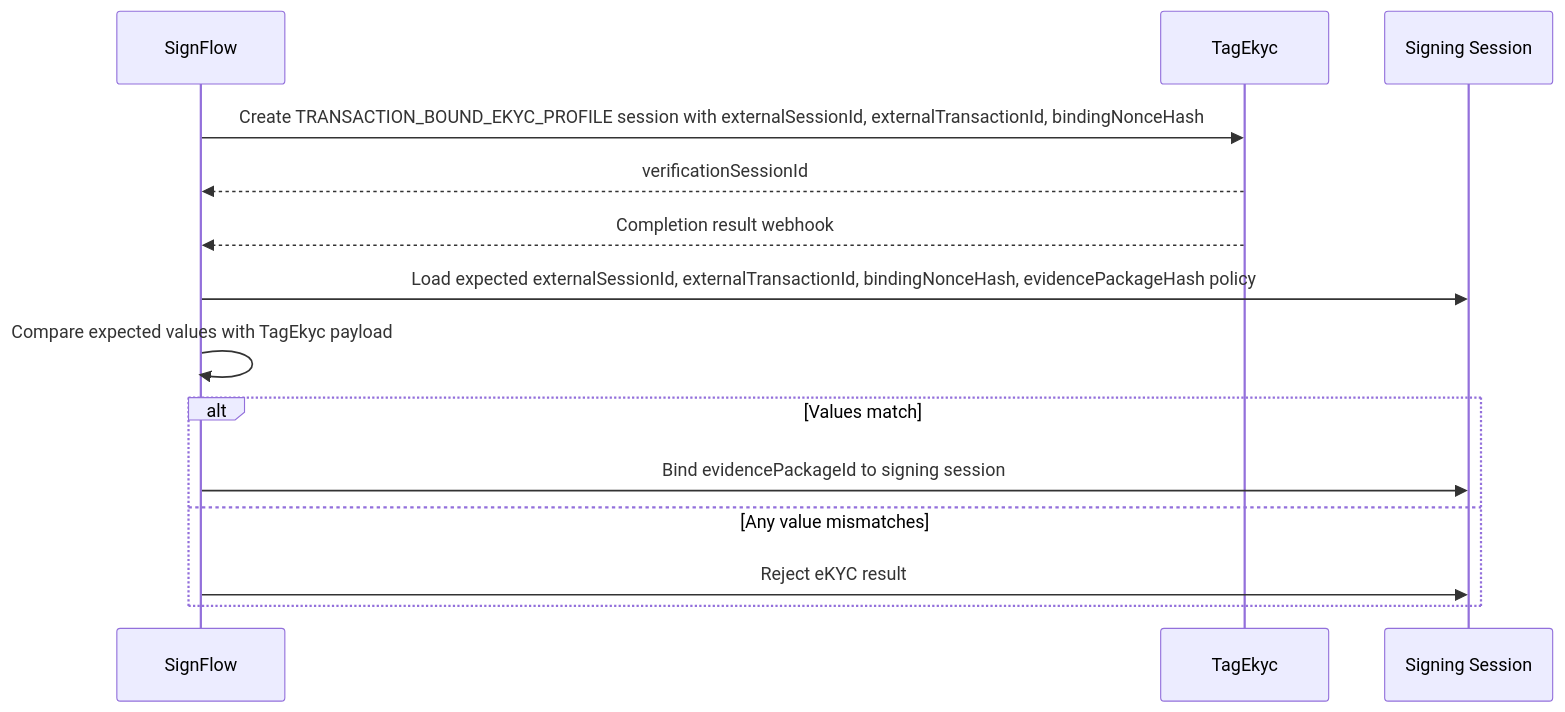
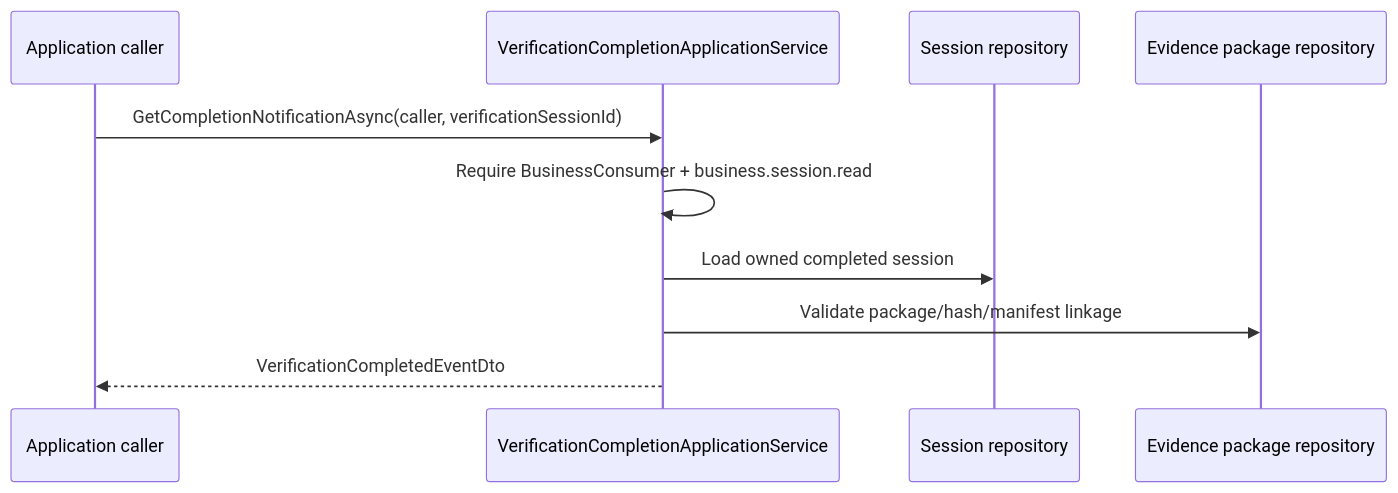
The sixth of 7 diagrams in docs/lld_02_sequence_flows_v0_1.md (hiephm3a/TagEkyc), drawn with Mermaid before and after one commit. The commit also changed other lines of this file and 5 other files, not shown here.

````diff
--- a/docs/lld_02_sequence_flows_v0_1.md
+++ b/docs/lld_02_sequence_flows_v0_1.md
@@ -124,17 +208,13 @@
 ```mermaid
 sequenceDiagram
-    participant SignFlow as SignFlow
-    participant TagEkyc as TagEkyc
-    participant Signing as Signing Session
+    participant App as Application caller
+    participant Completion as VerificationCompletionApplicationService
+    participant Sessions as Session repository
+    participant Packages as Evidence package repository
 
-    SignFlow->>TagEkyc: Create TRANSACTION_BOUND_EKYC_PROFILE session with externalSessionId, externalTransactionId, bindingNonceHash
-    TagEkyc-->>SignFlow: verificationSessionId
-    TagEkyc-->>SignFlow: Completion result webhook
-    SignFlow->>Signing: Load expected externalSessionId, externalTransactionId, bindingNonceHash, evidencePackageHash policy
-    SignFlow->>SignFlow: Compare expected values with TagEkyc payload
-    alt Values match
-        SignFlow->>Signing: Bind evidencePackageId to signing session
-    else Any value mismatches
-        SignFlow->>Signing: Reject eKYC result
-    end
+    App->>Completion: GetCompletionNotificationAsync(caller, verificationSessionId)
+    Completion->>Completion: Require BusinessConsumer + business.session.read
+    Completion->>Sessions: Load owned completed session
+    Completion->>Packages: Validate package/hash/manifest linkage
+    Completion-->>App: VerificationCompletedEventDto
 ```
````
